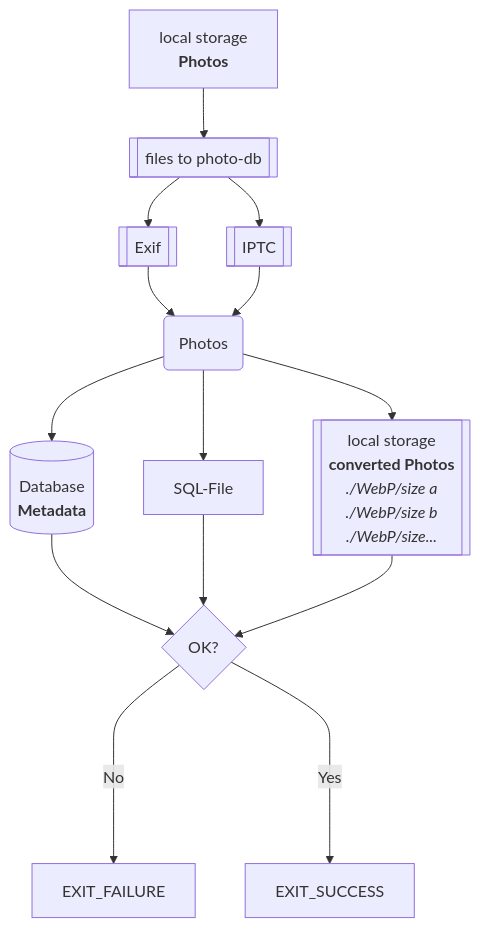
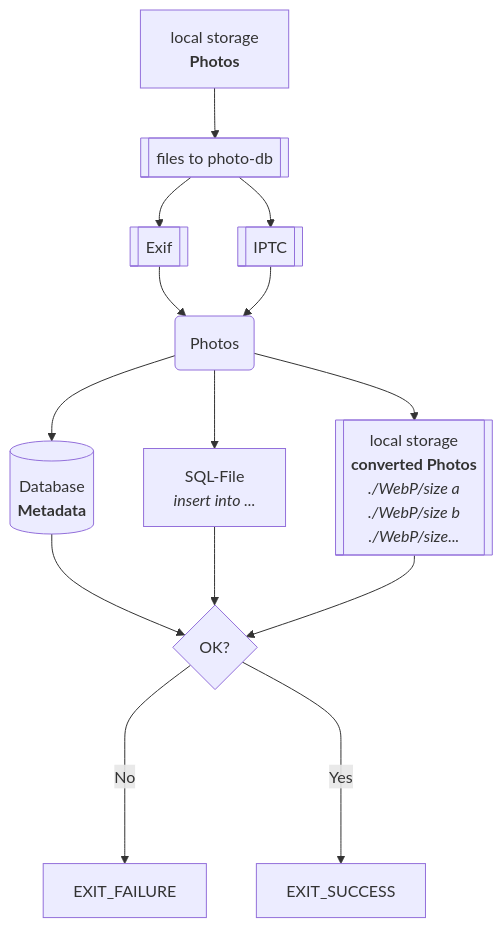
Before and after one commit to Zheng-Bote/qt_files_photo-gallery: the first of 6 diagrams in README.md, drawn with Mermaid. The commit also changed other lines of this file, not shown here.

Commit message:
upd: Mermaid

````diff
--- a/README.md
+++ b/README.md
@@ -307,14 +310,15 @@
 ```mermaid
 flowchart TD;
   A["`local storage
   **Photos**`"] --> P[[files to photo-db]]
   P --> E[[Exif]] & I[[IPTC]] --> M(Photos)
   M --> D[("`Database
-  **Metadata**`")] & Q[SQL-File] & N[["`local storage
+  **Metadata**`")] & Q["`SQL-File
+  _insert into ..._`"] & N[["`local storage
   **converted Photos**
   _./WebP/size a
   ./WebP/size b
   ./WebP/size..._`"]] --> C{OK?}
   C ---->|No| F[EXIT_FAILURE]
   C ---->|Yes| O[EXIT_SUCCESS]
 ```
````
